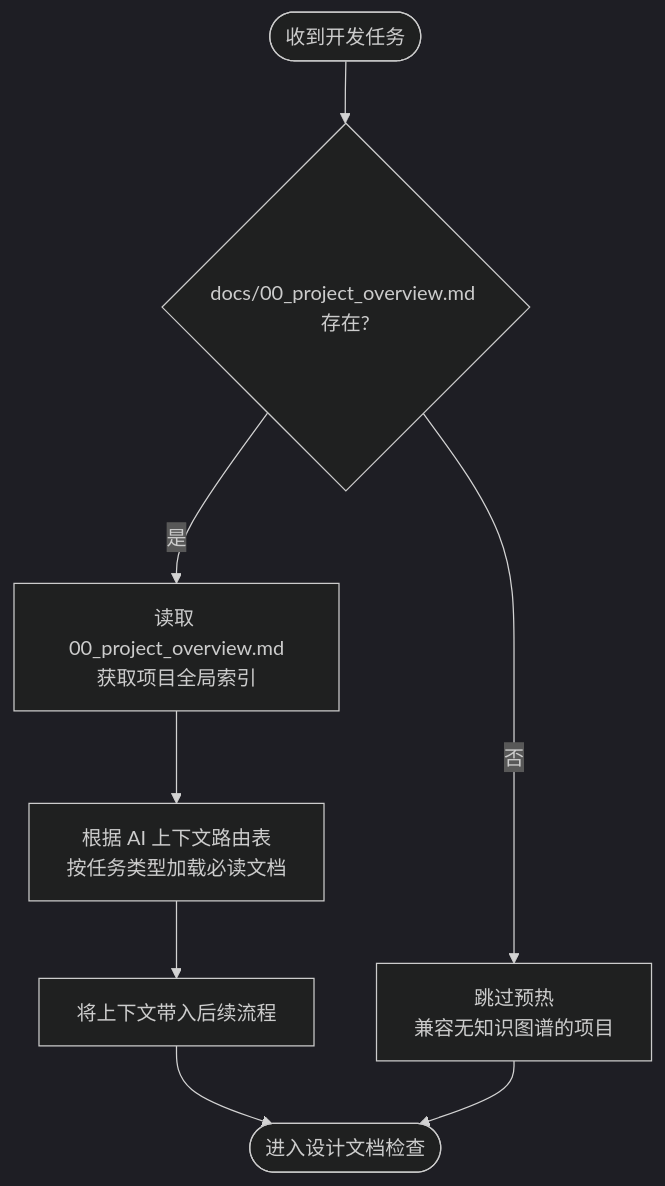
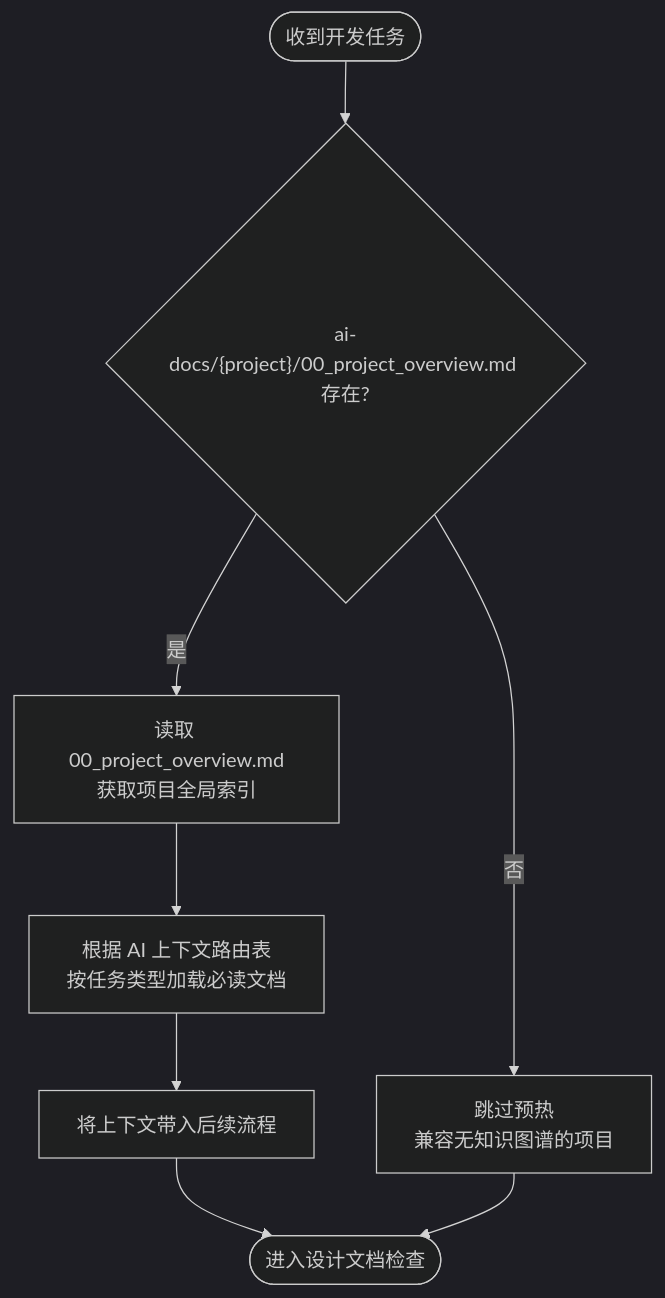
Before and after one commit to exception-coder/team-standards: the first of 2 diagrams in skills/design-doc-required/SKILL.md, drawn with Mermaid (dark theme). The commit also changed other lines of this file and 11 other files, not shown here.

First line of the commit message:
docs(init-project-docs): 知识图谱输出根反转到用户目录知识库

````diff
--- a/skills/design-doc-required/SKILL.md
+++ b/skills/design-doc-required/SKILL.md
@@ -28,10 +28,10 @@
 ```mermaid
 flowchart TD
-    S0(["收到开发任务"]) --> S0A{"docs/00_project_overview.md 存在?"}
+    S0(["收到开发任务"]) --> S0A{"ai-docs/{project}/00_project_overview.md 存在?"}
     S0A -->|"是"| S0B["读取 00_project_overview.md\n获取项目全局索引"]
     S0A -->|"否"| S0SKIP["跳过预热\n兼容无知识图谱的项目"]
     S0B --> S0C["根据 AI 上下文路由表\n按任务类型加载必读文档"]
     S0C --> S0D["将上下文带入后续流程"]
     S0D --> MAIN(["进入设计文档检查"])
     S0SKIP --> MAIN
 ```
````
